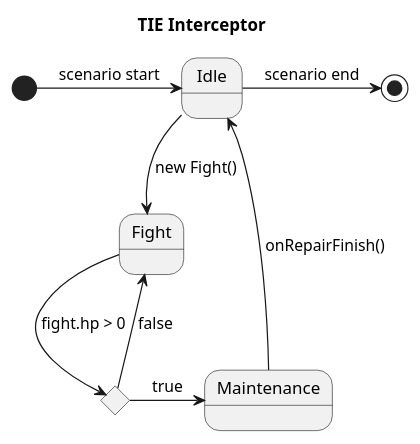
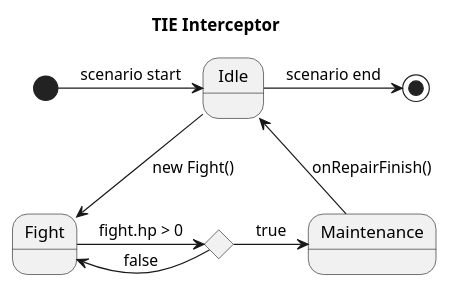
Before and after one commit to darkhappy/flightsim: the diagram in Documentation/Diagrams/State/Fight.puml, drawn with PlantUML. The commit also changed 4 other files, not shown here.

Commit message:
States: Added all state UML diagrams

```diff
--- a/Documentation/Diagrams/State/Fight.puml
+++ b/Documentation/Diagrams/State/Fight.puml
@@ -1,21 +1,21 @@
 @startuml
 'https://plantuml.com/state-diagram
 Title TIE Interceptor 
 
 state Idle
 state Fight
 state c <<choice>>
 state Maintenance
 
 [*] -> Idle : scenario start
 Idle --> Fight : new Fight()
 
-Fight --> c : fight.hp > 0
+Fight -> c : fight.hp > 0
 c -> Maintenance : true
-c --> Fight : false
+c -> Fight : false
 
 Maintenance -> Idle : onRepairFinish()
 
 Idle -> [*] : scenario end
 
 @enduml
```
